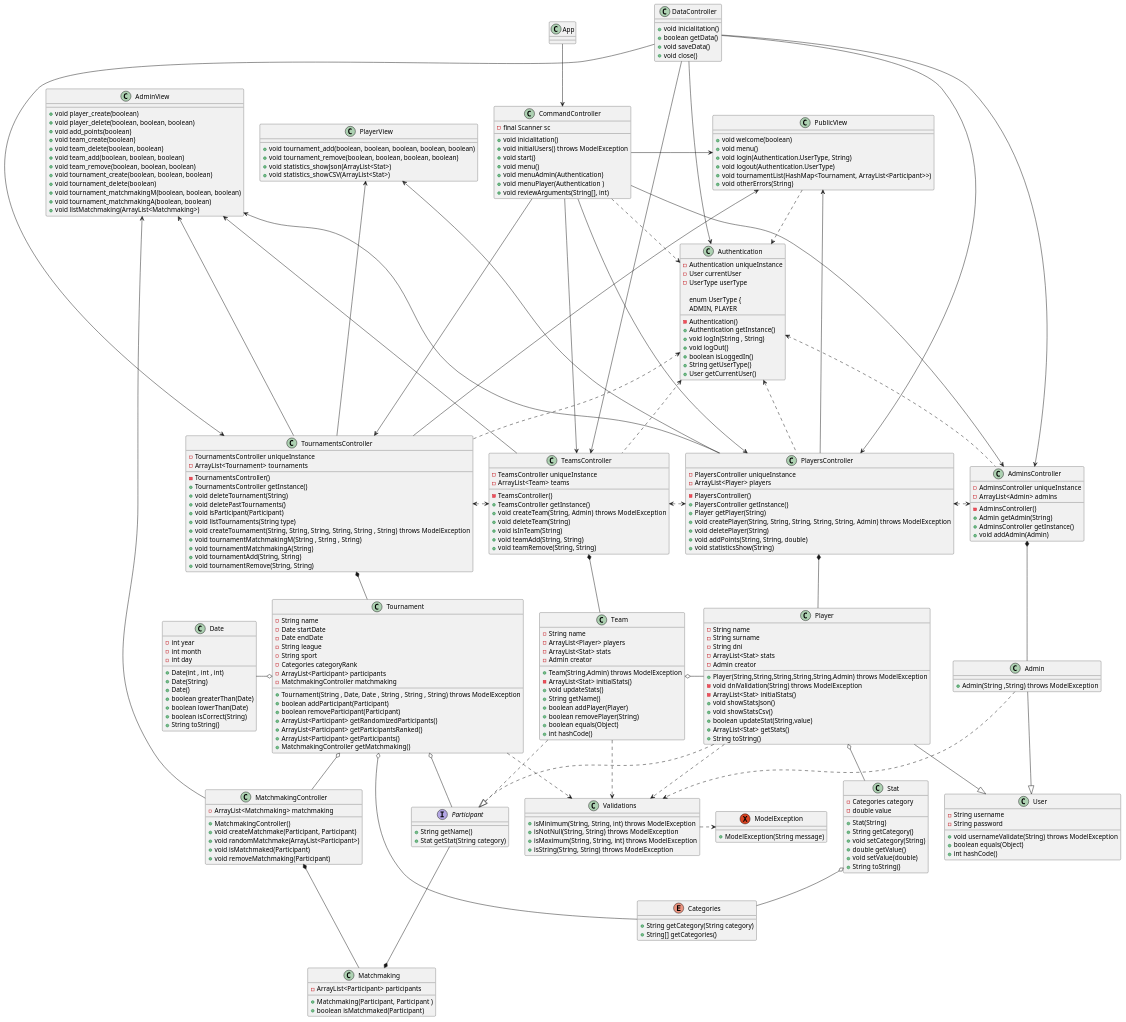
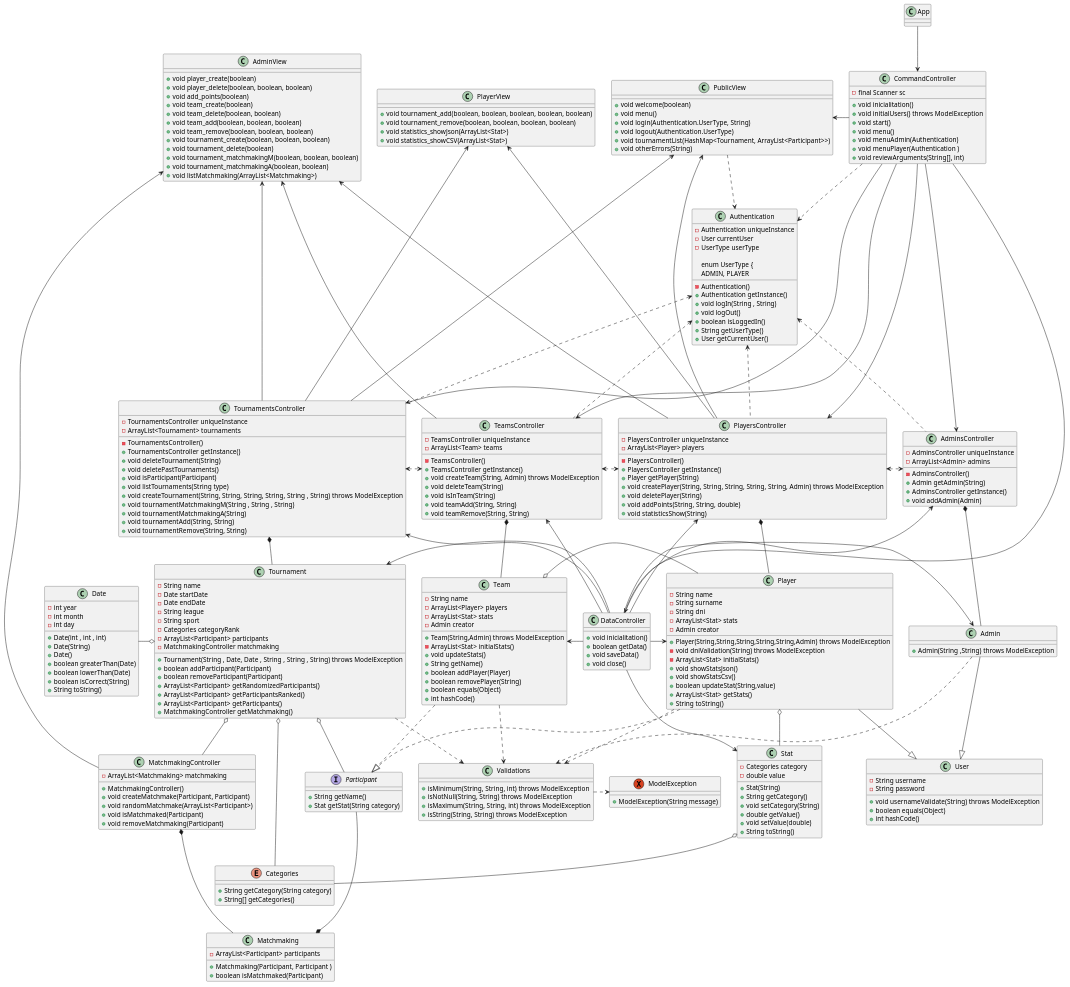
Before and after one commit to AlbertoArpa/POO2: the diagram in documents/uml.puml, drawn with PlantUML. The commit also changed 2 other files, not shown here.

```diff
--- a/documents/uml.puml
+++ b/documents/uml.puml
@@ -240,6 +240,7 @@
 CommandController ---> TeamsController
 CommandController ---> PlayersController
 CommandController ---> AdminsController
+CommandController -----> DataController
 PublicView <- CommandController
 CommandController ..> Authentication
 Authentication <. AdminsController
@@ -280,10 +281,14 @@
 Team ..> Validations
 Tournament ..> Validations
 Validations .> ModelException
-DataController ---> PlayersController
-DataController ---> AdminsController
-DataController ---> TeamsController
-DataController ---> TournamentsController
-DataController ---> Authentication
+PlayersController <-- DataController
+AdminsController <-- DataController
+TeamsController <-- DataController
+TournamentsController <-- DataController
+DataController -> Player
+Team <- DataController
+DataController -> Admin
+Tournament <- DataController
+DataController --> Stat
 
 @enduml
```
